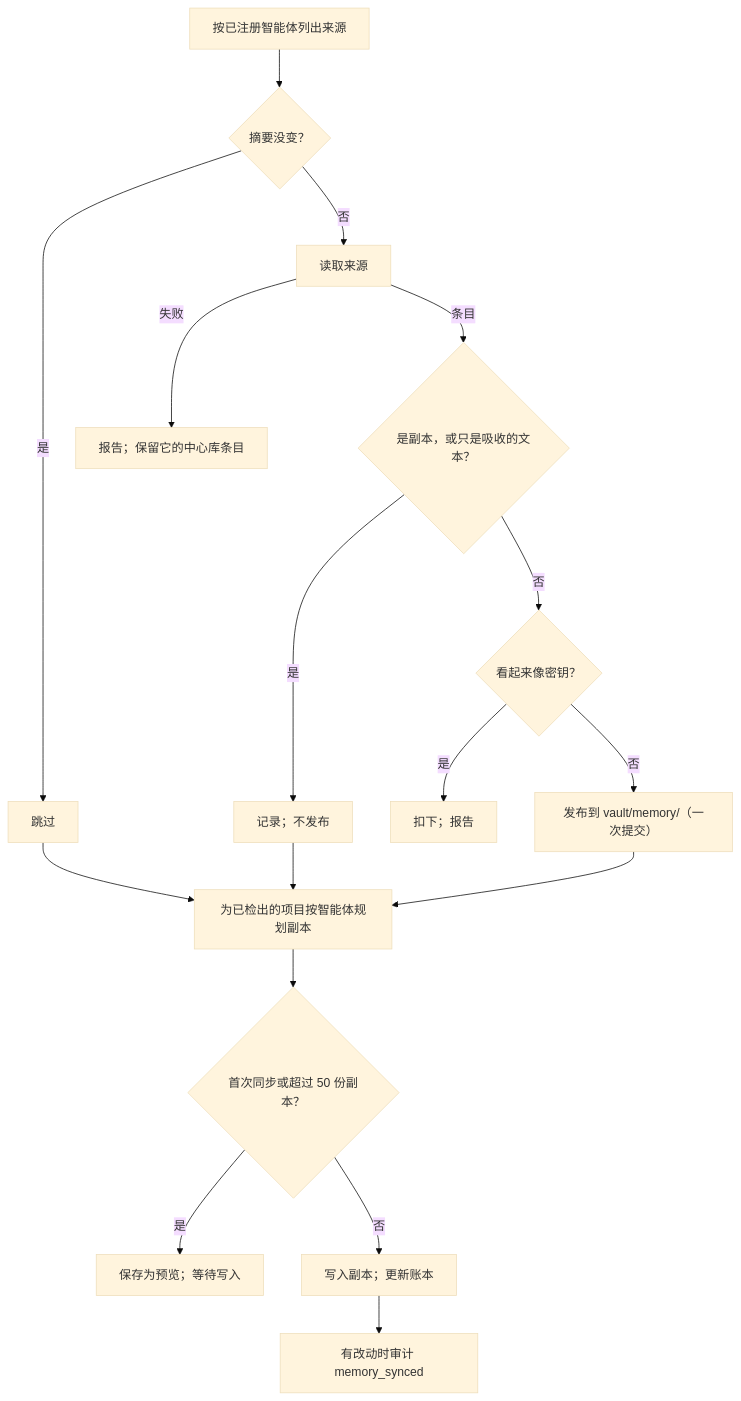
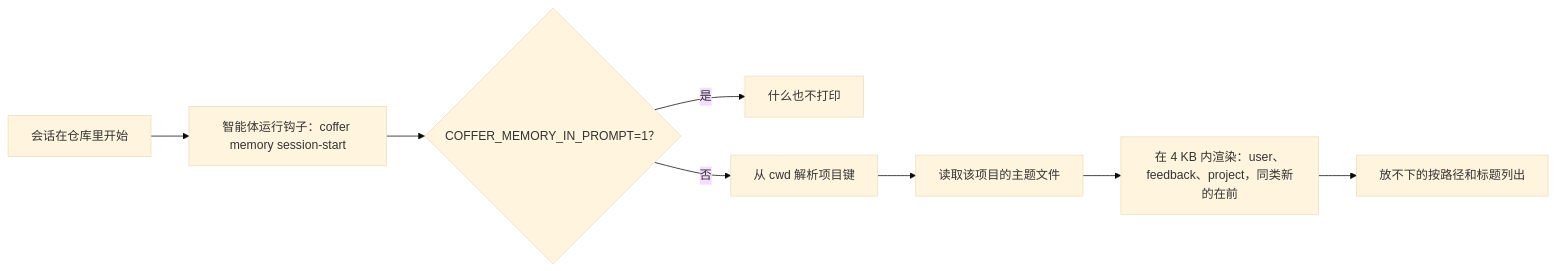
The first of 2 diagrams in docs-site/zh/architecture/memory.md (wyx-sg/Coffer), drawn with Mermaid (base theme) before and after one commit. The commit also changed other lines of this file and 105 other files, not shown here.

````diff
--- a/docs-site/zh/architecture/memory.md
+++ b/docs-site/zh/architecture/memory.md
@@ -117,19 +39,10 @@
 ```mermaid
-flowchart TD
-  A["按已注册智能体列出来源"] --> B{"摘要没变？"}
-  B -- 是 --> S["跳过"]
-  B -- 否 --> R["读取来源"]
-  R -- 失败 --> F["报告；保留它的中心库条目"]
-  R -- 条目 --> E{"是副本，或只是吸收的文本？"}
-  E -- 是 --> K["记录；不发布"]
-  E -- 否 --> W{"看起来像密钥？"}
-  W -- 是 --> H["扣下；报告"]
-  W -- 否 --> P["发布到 vault/memory/（一次提交）"]
-  S --> C
-  K --> C
-  P --> C["为已检出的项目按智能体规划副本"]
-  C --> Q{"首次同步或超过 50 份副本？"}
-  Q -- 是 --> V["保存为预览；等待写入"]
-  Q -- 否 --> X["写入副本；更新账本"]
-  X --> Y["有改动时审计 memory_synced"]
+flowchart LR
+  S["会话在仓库里开始"] --> H["智能体运行钩子：coffer memory session-start"]
+  H --> E{"COFFER_MEMORY_IN_PROMPT=1？"}
+  E -- 是 --> N["什么也不打印"]
+  E -- 否 --> K["从 cwd 解析项目键"]
+  K --> R["读取该项目的主题文件"]
+  R --> T["在 4 KB 内渲染：user、feedback、project，同类新的在前"]
+  T --> O["放不下的按路径和标题列出"]
 ```
````
